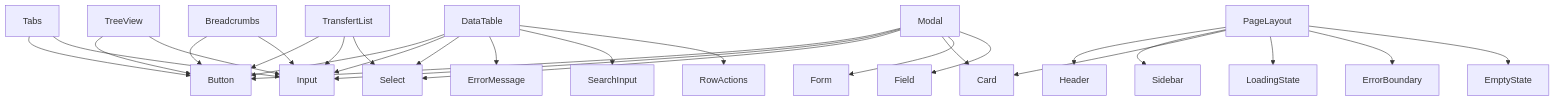
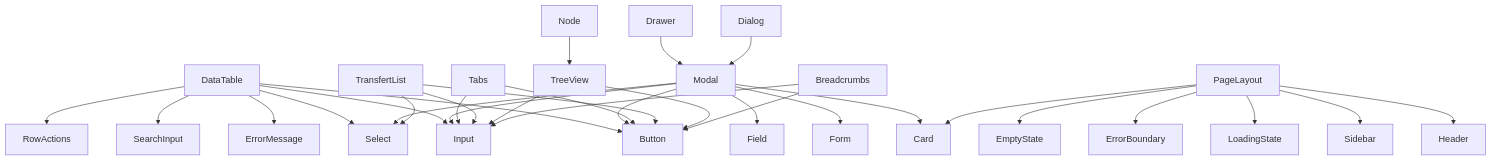
The sixth of 6 diagrams in .qoder/repowiki/en/content/System Architecture/Frontend Architecture/Component Architecture/Shared UI Components.md (franckylab/eLISAschool), drawn with Mermaid before and after one commit. The commit also changed other lines of this file and 19 other files, not shown here.

````diff
--- a/.qoder/repowiki/en/content/System Architecture/Frontend Architecture/Component Architecture/Shared UI Components.md
+++ b/.qoder/repowiki/en/content/System Architecture/Frontend Architecture/Component Architecture/Shared UI Components.md
@@ -736,51 +867,57 @@
 ```mermaid
 graph TB
 P1["Button"]
 P2["Input"]
 P3["Select"]
 P4["Card"]
 C1["DataTable"]
 C2["Modal"]
 C3["Form"]
 C4["Field"]
 E1["ErrorMessage"]
 E2["SearchInput"]
 E3["Tabs"]
 E4["TransfertList"]
 E5["TreeView"]
 E6["RowActions"]
 E7["Breadcrumbs"]
+O1["Drawer"]
+O2["Dialog"]
+O3["Node"]
 F1["LoadingState"]
 F2["ErrorBoundary"]
 F3["EmptyState"]
 L1["Header"]
 L2["Sidebar"]
 L3["PageLayout"]
 C1 --> P1
 C1 --> P2
 C1 --> P3
 C1 --> E1
 C1 --> E2
 C1 --> E6
 C2 --> P1
 C2 --> P2
 C2 --> P3
 C2 --> P4
 C2 --> C3
 C2 --> C4
 E3 --> P1
 E3 --> P2
 E4 --> P1
 E4 --> P2
 E4 --> P3
 E5 --> P1
 E5 --> P2
 E7 --> P1
 E7 --> P2
+O1 --> C2
+O2 --> C2
+O3 --> E5
 L3 --> L1
 L3 --> L2
 L3 --> P4
 L3 --> F1
 L3 --> F2
 L3 --> F3
 ```
````
